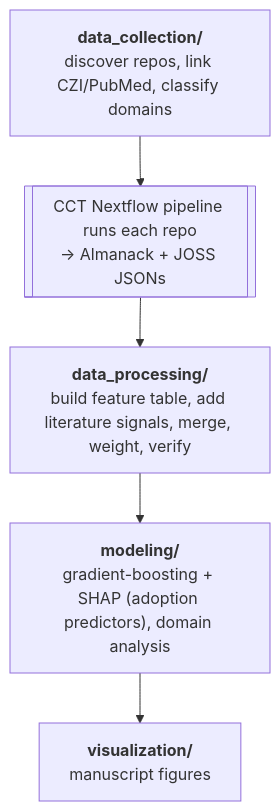
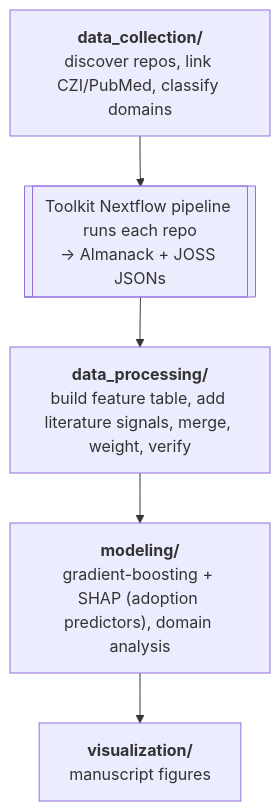
One commit to mc2-center/cckp-toolkit-workflow changed the diagram in analysis/README.md. Above: the diagram before and after it, drawn with Mermaid. The commit also changed other lines of this file and 11 other files, not shown here.

````diff
--- a/analysis/README.md
+++ b/analysis/README.md
@@ -59,10 +59,10 @@
 ```mermaid
 flowchart TD
     dc["<b>data_collection/</b><br/>discover repos, link CZI/PubMed, classify domains"]
-    cct[["CCT Nextflow pipeline runs each repo<br/>&rarr; Almanack + JOSS JSONs"]]
+    toolkit[["Toolkit Nextflow pipeline runs each repo<br/>&rarr; Almanack + JOSS JSONs"]]
     dp["<b>data_processing/</b><br/>build feature table, add literature signals, merge, weight, verify"]
     md["<b>modeling/</b><br/>gradient-boosting + SHAP (adoption predictors), domain analysis"]
     vis["<b>visualization/</b><br/>manuscript figures"]
 
-    dc --> cct --> dp --> md --> vis
+    dc --> toolkit --> dp --> md --> vis
 ```
````
